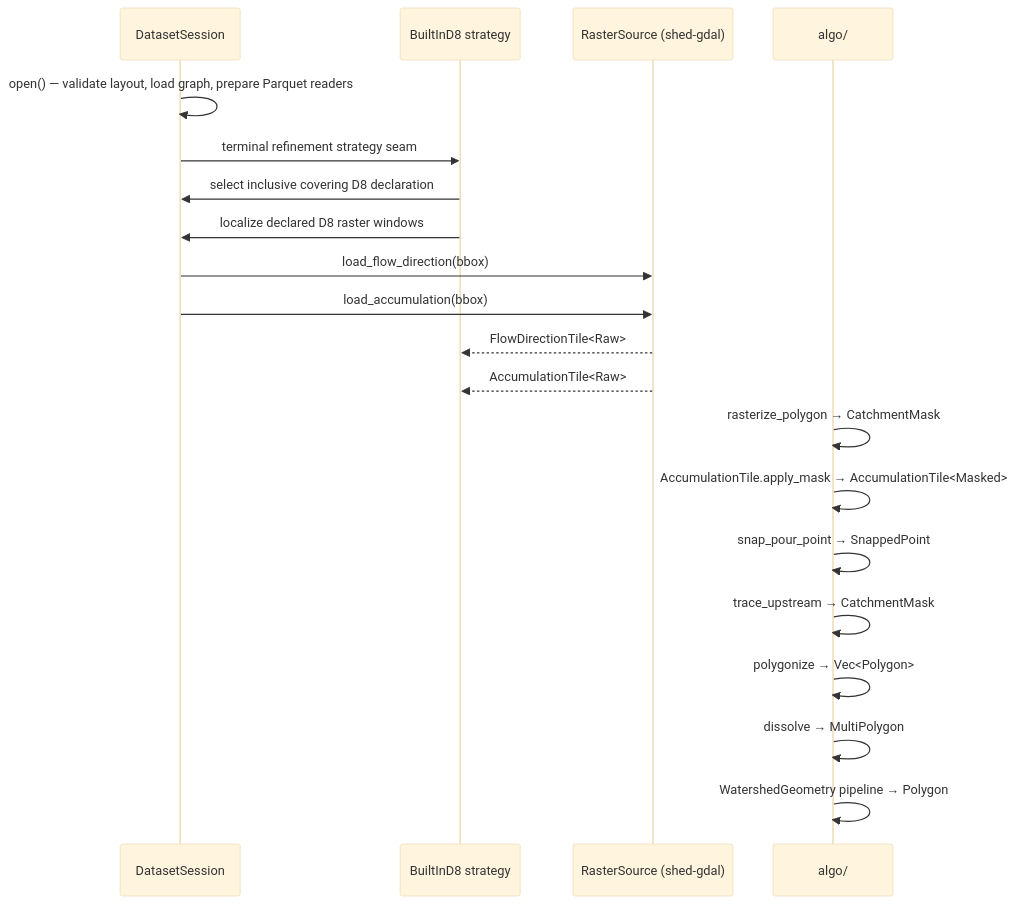
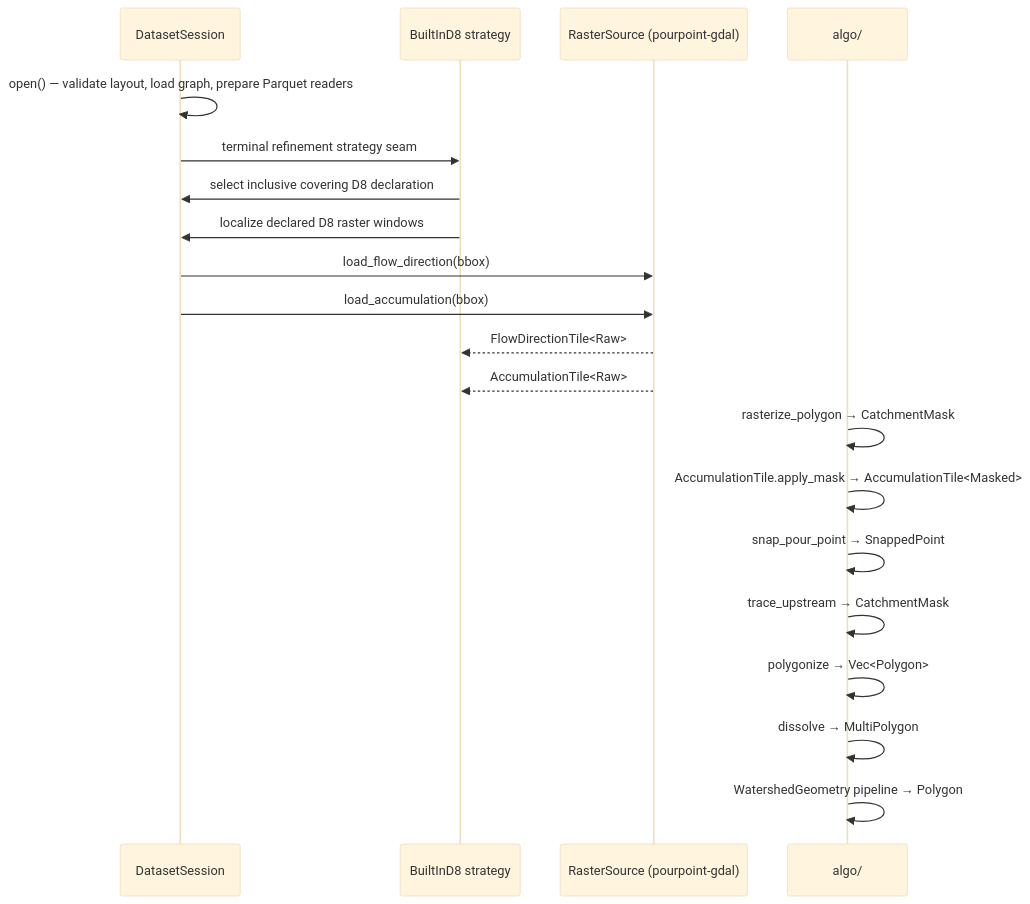
The third of 3 diagrams in crates/core/README.md (CooperBigFoot/pourpoint), drawn with Mermaid (base theme) before and after one commit. The commit also changed other lines of this file and 31 other files, not shown here.

````diff
--- a/crates/core/README.md
+++ b/crates/core/README.md
@@ -120,23 +120,23 @@
 ```mermaid
 sequenceDiagram
     participant S as DatasetSession
     participant R as BuiltInD8 strategy
-    participant T as RasterSource (shed-gdal)
+    participant T as RasterSource (pourpoint-gdal)
     participant A as algo/
 
     S->>S: open() — validate layout, load graph, prepare Parquet readers
     S->>R: terminal refinement strategy seam
     R->>S: select inclusive covering D8 declaration
     R->>S: localize declared D8 raster windows
     S->>T: load_flow_direction(bbox)
     S->>T: load_accumulation(bbox)
     T-->>R: FlowDirectionTile<Raw>
     T-->>R: AccumulationTile<Raw>
     A->>A: rasterize_polygon → CatchmentMask
     A->>A: AccumulationTile.apply_mask → AccumulationTile<Masked>
     A->>A: snap_pour_point → SnappedPoint
     A->>A: trace_upstream → CatchmentMask
     A->>A: polygonize → Vec<Polygon>
     A->>A: dissolve → MultiPolygon
     A->>A: WatershedGeometry pipeline → Polygon
 ```
````
